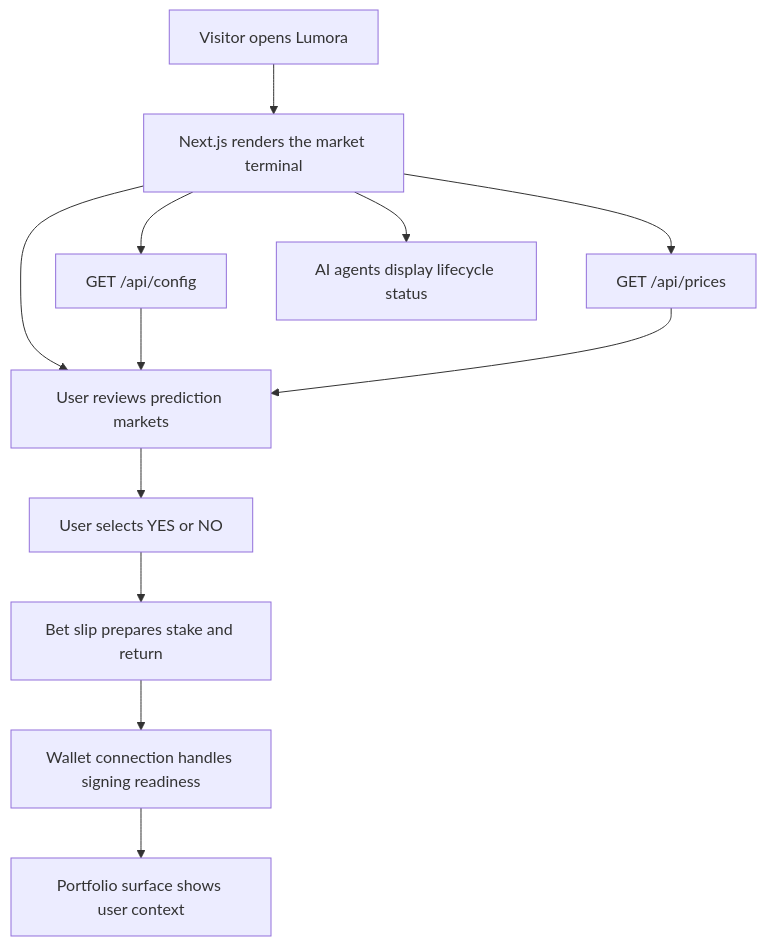
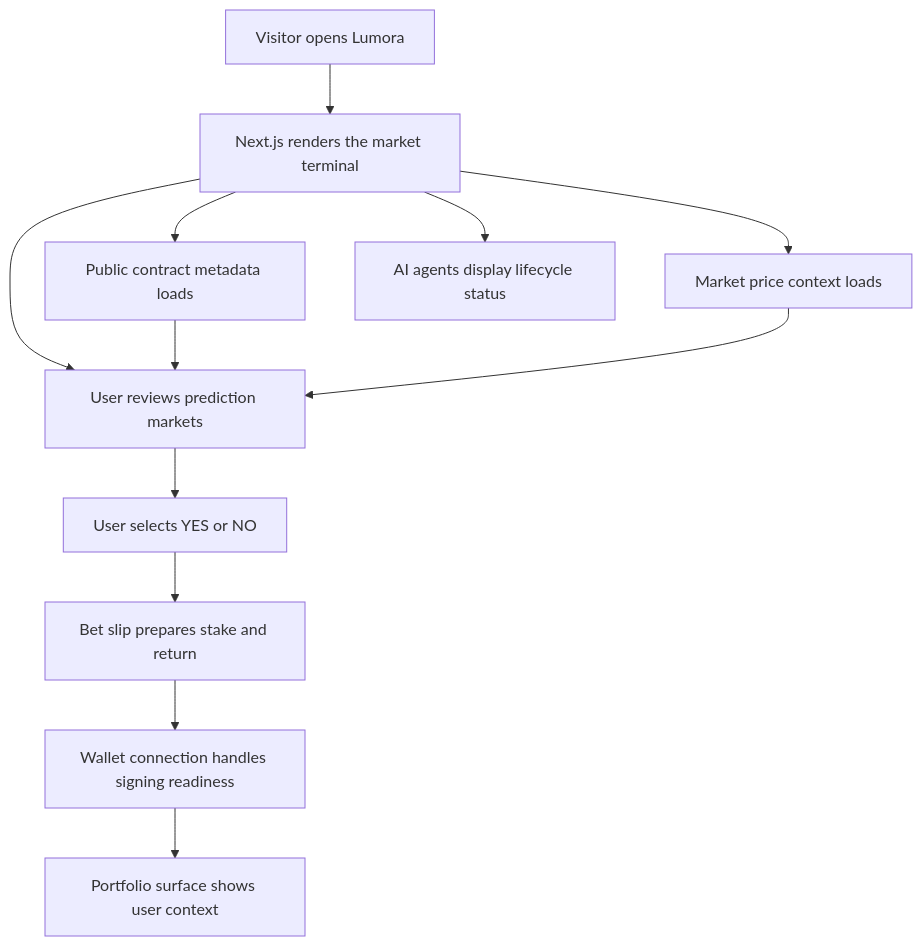
One commit to Lumo-sol/Lumora changed the diagram in README.md. Above: the diagram before and after it, drawn with Mermaid. The commit also changed other lines of this file and 3 other files, not shown here.

````diff
--- a/README.md
+++ b/README.md
@@ -134,25 +128,25 @@
 ```mermaid
 flowchart TD
   Visitor["Visitor opens Lumora"]
   App["Next.js renders the market terminal"]
-  Config["GET /api/config"]
-  Prices["GET /api/prices"]
+  Metadata["Public contract metadata loads"]
+  Prices["Market price context loads"]
   Markets["User reviews prediction markets"]
   Agents["AI agents display lifecycle status"]
   Choice["User selects YES or NO"]
   Slip["Bet slip prepares stake and return"]
   Wallet["Wallet connection handles signing readiness"]
   Portfolio["Portfolio surface shows user context"]
 
   Visitor --> App
-  App --> Config
+  App --> Metadata
   App --> Prices
   App --> Markets
   App --> Agents
-  Config --> Markets
+  Metadata --> Markets
   Prices --> Markets
   Markets --> Choice
   Choice --> Slip
   Slip --> Wallet
   Wallet --> Portfolio
 ```
````
